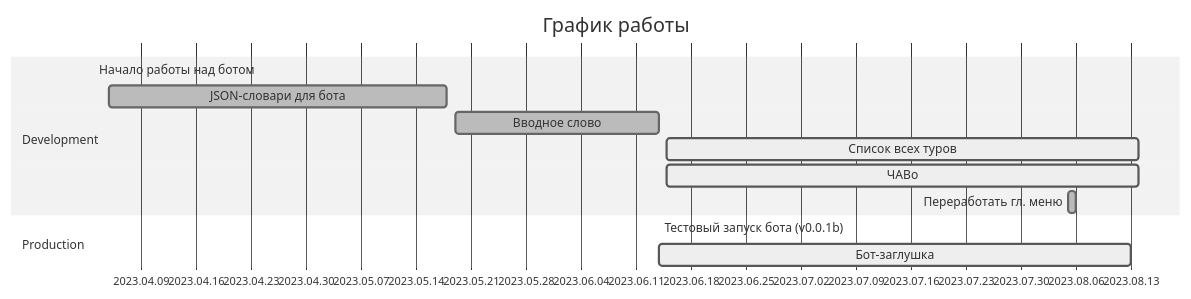
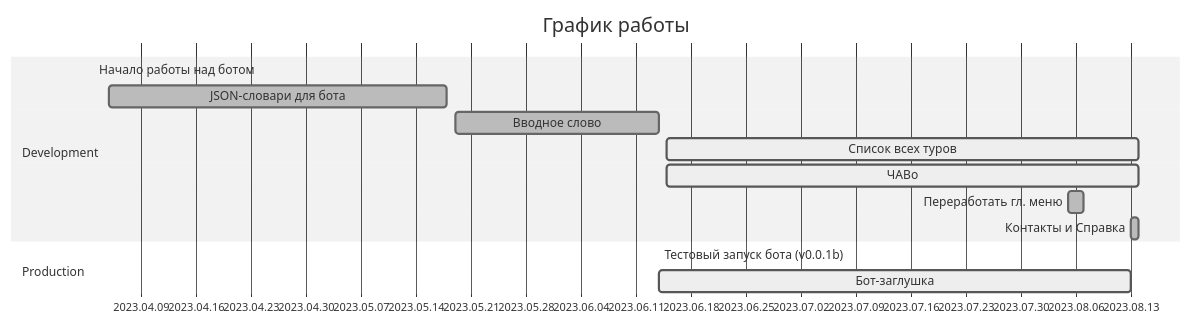
One commit to tropintropin/telegram_bot_peshehod_chat changed the first of 2 diagrams in README.md. Above: the diagram before and after it, drawn with Mermaid (neutral theme). The commit also changed other lines of this file, not shown here.

````diff
--- a/README.md
+++ b/README.md
@@ -47,17 +47,18 @@
 ```mermaid
 gantt
 title       График работы
 dateFormat  YYYY.MM.DD
 axisFormat  %Y.%m.%d
 excludes    
 section     Development
 Начало работы над ботом         :mileston,      2023.04.03, 
 JSON-словари для бота           :done,      a0, 2023.04.05, 2023.05.18
 Вводное слово                   :done,      a1, 2023.05.19, 2023.06.14
 Список всех туров               :active,    a2, 2023.06.15, 60d
 ЧАВо                            :active,    a3, 2023.06.15, 60d
-Переработать гл. меню           :done,      a5, 2023.08.05, 2023.08.06
+Переработать гл. меню           :done,      a5, 2023.08.05, 2d
+Контакты и Справка              :done,      a6, 2023.08.13, 1d
 section     Production
 Тестовый запуск бота (v0.0.1b)  :mileston,      2023.06.14,
 Бот-заглушка                    :active,    b0, 2023.06.14, 60d
 ```
````
